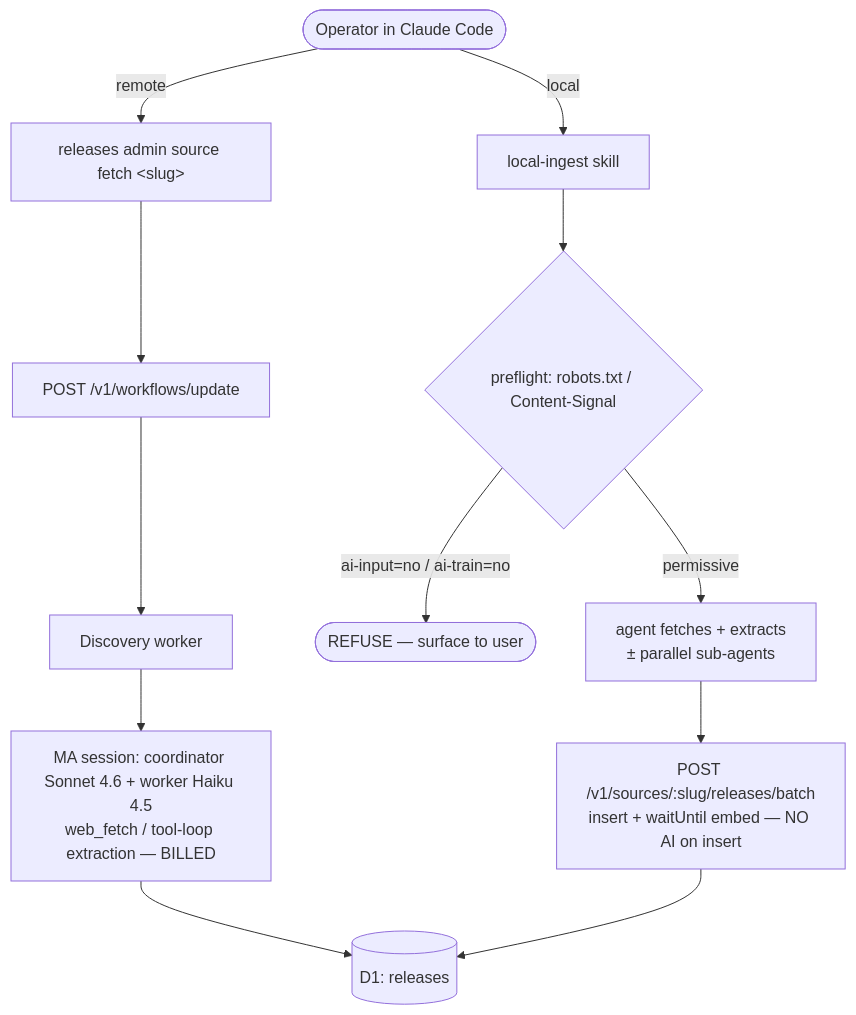
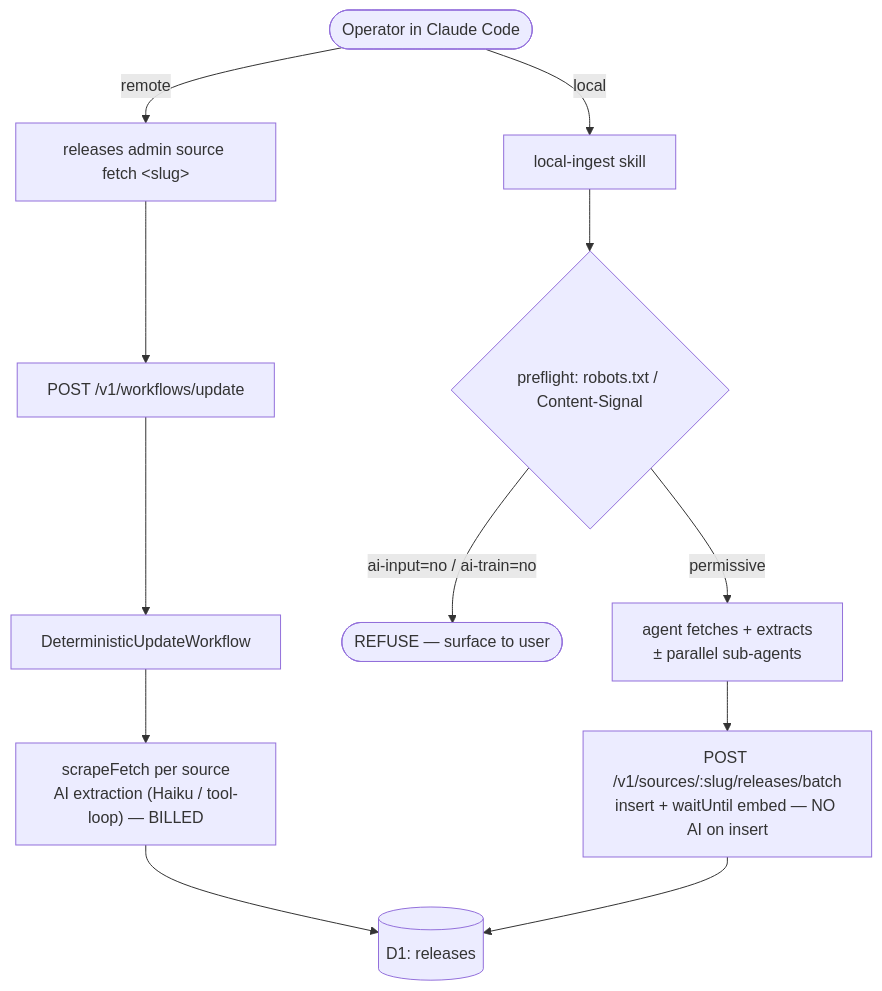
One commit to buildinternet/releases changed the diagram in docs/architecture/local-ingest.md. Above: the diagram before and after it, drawn with Mermaid. The commit also changed other lines of this file and 50 other files, not shown here.

First line of the commit message:
feat(ingest): move deterministic update into an API-worker workflow (#1946 phase 1) (#1953)

````diff
--- a/docs/architecture/local-ingest.md
+++ b/docs/architecture/local-ingest.md
@@ -15,15 +15,15 @@
 ```mermaid
 flowchart TD
     Op([Operator in Claude Code]) -->|remote| R1["releases admin source fetch &lt;slug&gt;"]
     R1 --> R2["POST /v1/workflows/update"]
-    R2 --> R3[Discovery worker]
-    R3 --> R4["MA session: coordinator Sonnet 4.6 + worker Haiku 4.5<br/>web_fetch / tool-loop extraction — BILLED"]
+    R2 --> R3[DeterministicUpdateWorkflow]
+    R3 --> R4["scrapeFetch per source<br/>AI extraction (Haiku / tool-loop) — BILLED"]
     R4 --> DB[(D1: releases)]
 
     Op -->|local| L1[local-ingest skill]
     L1 --> L2{preflight: robots.txt / Content-Signal}
     L2 -->|ai-input=no / ai-train=no| STOP([REFUSE — surface to user])
     L2 -->|permissive| L3[agent fetches + extracts<br/>± parallel sub-agents]
     L3 --> L4["POST /v1/sources/:slug/releases/batch<br/>insert + waitUntil embed — NO AI on insert"]
     L4 --> DB
 ```
````
